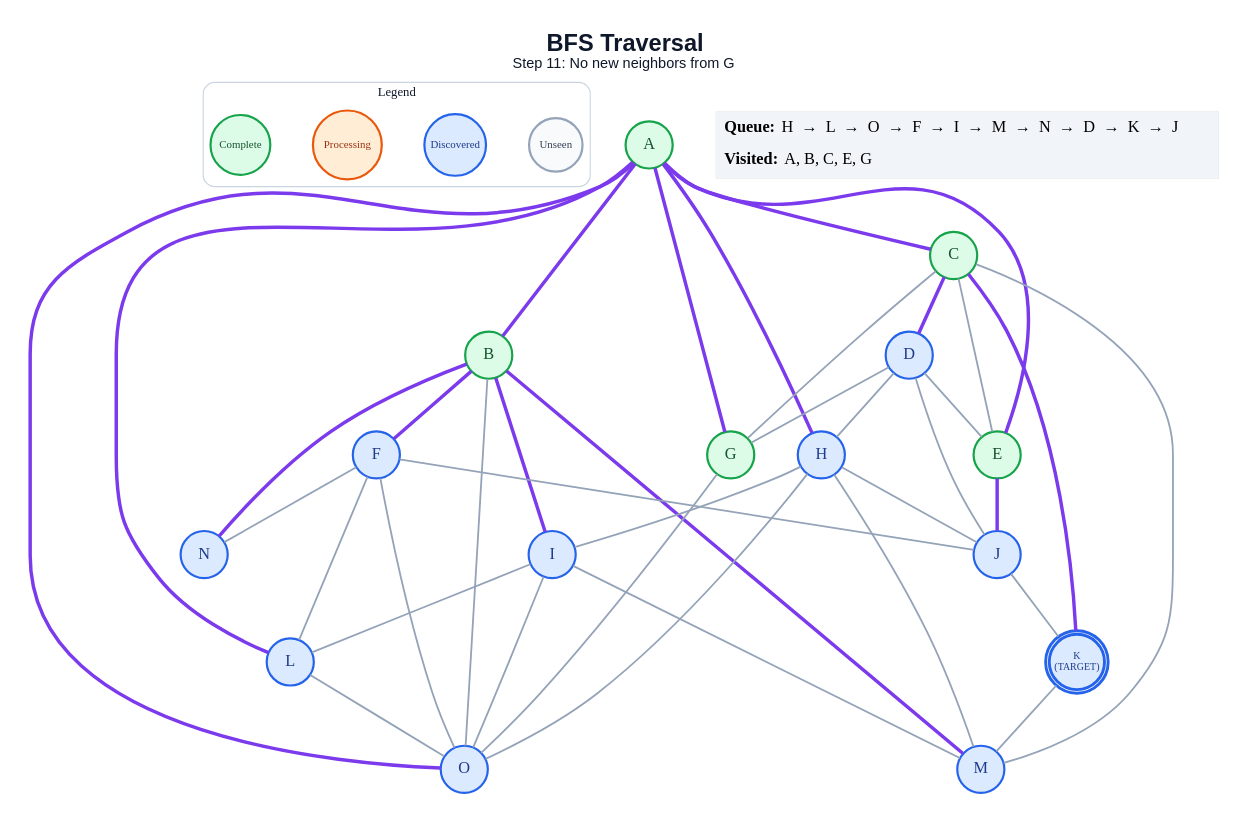
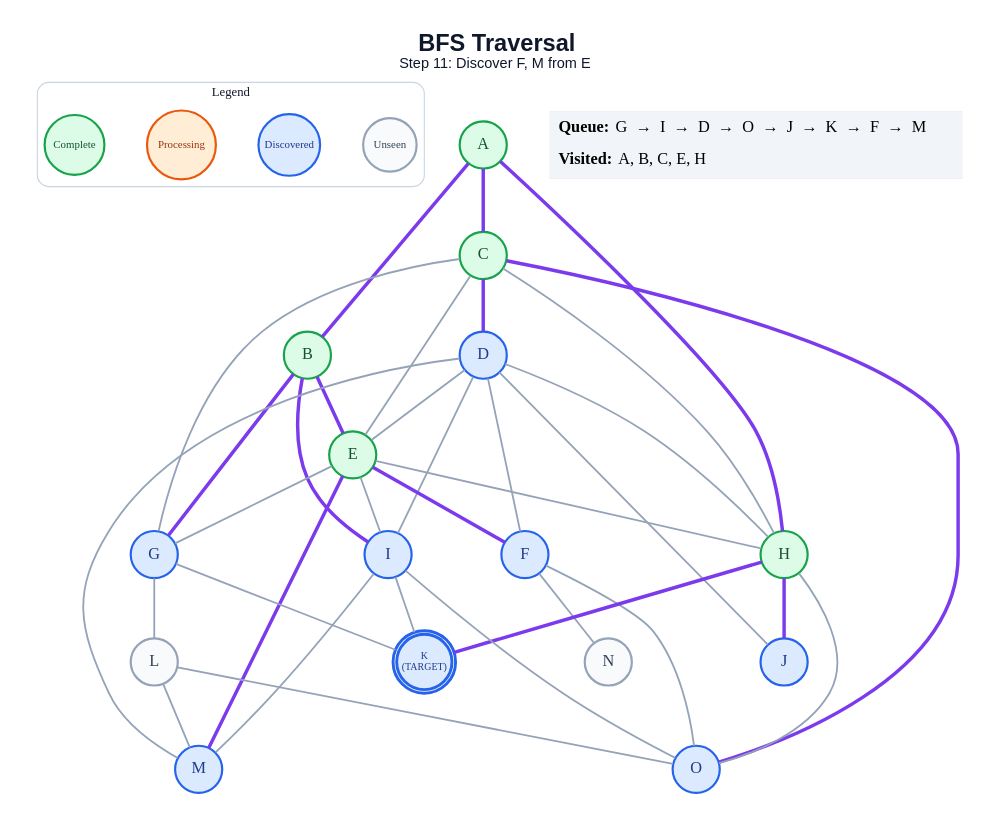
The diagram in generated/bfs/step_11.dot (anon7238593-create/ai-slop), drawn with Graphviz before and after one commit. The commit also changed 304 other files, not shown here.

```diff
--- a/generated/bfs/step_11.dot
+++ b/generated/bfs/step_11.dot
@@ -1,71 +1,68 @@
 graph traversal {
   graph [layout=dot, rankdir=TB, bgcolor="#FFFFFF", pad="0.35", nodesep="0.65", ranksep="0.8", fontname="Arial"];
   node [shape=circle, style="filled", fontname="Arial Bold", fontsize=18, width=0.72, fixedsize=true, penwidth=2.4];
   edge [color="#94A3B8", penwidth=2.0];
-  label=<<B>BFS Traversal</B><BR/><FONT POINT-SIZE="16">Step 11: No new neighbors from G</FONT>>; labelloc="t"; fontsize=26; fontname="Arial"; fontcolor="#0F172A";
+  label=<<B>BFS Traversal</B><BR/><FONT POINT-SIZE="16">Step 11: Discover F, M from E</FONT>>; labelloc="t"; fontsize=26; fontname="Arial"; fontcolor="#0F172A";
   subgraph cluster_legend { label="Legend"; color="#CBD5E1"; penwidth=1.2; style="rounded"; fontsize=14; fontname="Arial Bold";
     key_unseen [label="Unseen", fillcolor="#F8FAFC", color="#94A3B8", fontcolor="#334155", fontsize=12, width=0.82];
     key_frontier [label="Discovered", fillcolor="#DBEAFE", color="#2563EB", fontcolor="#1E3A8A", fontsize=12, width=0.95];
     key_current [label="Processing", fillcolor="#FFEDD5", color="#EA580C", fontcolor="#9A3412", fontsize=12, width=1.05];
     key_done [label="Complete", fillcolor="#DCFCE7", color="#16A34A", fontcolor="#14532D", fontsize=12, width=0.92];
     { rank=same; key_unseen; key_frontier; key_current; key_done; }
   }
   A [label="A", fillcolor="#DCFCE7", color="#16A34A", fontcolor="#14532D", peripheries=1, penwidth=2.4];
   B [label="B", fillcolor="#DCFCE7", color="#16A34A", fontcolor="#14532D", peripheries=1, penwidth=2.4];
   C [label="C", fillcolor="#DCFCE7", color="#16A34A", fontcolor="#14532D", peripheries=1, penwidth=2.4];
   D [label="D", fillcolor="#DBEAFE", color="#2563EB", fontcolor="#1E3A8A", peripheries=1, penwidth=2.4];
   E [label="E", fillcolor="#DCFCE7", color="#16A34A", fontcolor="#14532D", peripheries=1, penwidth=2.4];
   F [label="F", fillcolor="#DBEAFE", color="#2563EB", fontcolor="#1E3A8A", peripheries=1, penwidth=2.4];
-  G [label="G", fillcolor="#DCFCE7", color="#16A34A", fontcolor="#14532D", peripheries=1, penwidth=2.4];
-  H [label="H", fillcolor="#DBEAFE", color="#2563EB", fontcolor="#1E3A8A", peripheries=1, penwidth=2.4];
+  G [label="G", fillcolor="#DBEAFE", color="#2563EB", fontcolor="#1E3A8A", peripheries=1, penwidth=2.4];
+  H [label="H", fillcolor="#DCFCE7", color="#16A34A", fontcolor="#14532D", peripheries=1, penwidth=2.4];
   I [label="I", fillcolor="#DBEAFE", color="#2563EB", fontcolor="#1E3A8A", peripheries=1, penwidth=2.4];
   J [label="J", fillcolor="#DBEAFE", color="#2563EB", fontcolor="#1E3A8A", peripheries=1, penwidth=2.4];
   K [label="K\n(TARGET)", fillcolor="#DBEAFE", color="#2563EB", fontcolor="#1E3A8A", peripheries=2, penwidth=3.2, fontsize=11, width=0.85, height=0.85];
-  L [label="L", fillcolor="#DBEAFE", color="#2563EB", fontcolor="#1E3A8A", peripheries=1, penwidth=2.4];
+  L [label="L", fillcolor="#F8FAFC", color="#94A3B8", fontcolor="#334155", peripheries=1, penwidth=2.4];
   M [label="M", fillcolor="#DBEAFE", color="#2563EB", fontcolor="#1E3A8A", peripheries=1, penwidth=2.4];
-  N [label="N", fillcolor="#DBEAFE", color="#2563EB", fontcolor="#1E3A8A", peripheries=1, penwidth=2.4];
+  N [label="N", fillcolor="#F8FAFC", color="#94A3B8", fontcolor="#334155", peripheries=1, penwidth=2.4];
   O [label="O", fillcolor="#DBEAFE", color="#2563EB", fontcolor="#1E3A8A", peripheries=1, penwidth=2.4];
   A -- B [color="#7C3AED", penwidth=3.8];
   A -- C [color="#7C3AED", penwidth=3.8];
-  A -- E [color="#7C3AED", penwidth=3.8];
-  A -- G [color="#7C3AED", penwidth=3.8];
   A -- H [color="#7C3AED", penwidth=3.8];
-  A -- L [color="#7C3AED", penwidth=3.8];
-  A -- O [color="#7C3AED", penwidth=3.8];
-  B -- F [color="#7C3AED", penwidth=3.8];
+  B -- E [color="#7C3AED", penwidth=3.8];
+  B -- G [color="#7C3AED", penwidth=3.8];
   B -- I [color="#7C3AED", penwidth=3.8];
-  B -- M [color="#7C3AED", penwidth=3.8];
-  B -- N [color="#7C3AED", penwidth=3.8];
-  B -- O;
   C -- D [color="#7C3AED", penwidth=3.8];
   C -- E;
   C -- G;
-  C -- K [color="#7C3AED", penwidth=3.8];
-  C -- M;
+  C -- H;
+  C -- O [color="#7C3AED", penwidth=3.8];
   D -- E;
-  D -- G;
+  D -- F;
   D -- H;
+  D -- I;
   D -- J;
-  E -- J [color="#7C3AED", penwidth=3.8];
-  F -- J;
-  F -- L;
+  D -- M;
+  E -- F [color="#7C3AED", penwidth=3.8];
+  E -- G;
+  E -- H;
+  E -- I;
+  E -- M [color="#7C3AED", penwidth=3.8];
   F -- N;
   F -- O;
-  G -- O;
-  H -- I;
-  H -- J;
-  H -- M;
+  G -- K;
+  G -- L;
+  H -- J [color="#7C3AED", penwidth=3.8];
+  H -- K [color="#7C3AED", penwidth=3.8];
   H -- O;
-  I -- L;
+  I -- K;
   I -- M;
   I -- O;
-  J -- K;
-  K -- M;
+  L -- M;
   L -- O;
   status [shape=plain, fixedsize=false, width=0, height=0, margin=0, label=<
     <TABLE BORDER="0" CELLBORDER="0" CELLPADDING="7" BGCOLOR="#F1F5F9">
-      <TR><TD ALIGN="LEFT"><B>Queue:</B> H  →  L  →  O  →  F  →  I  →  M  →  N  →  D  →  K  →  J</TD></TR>
-      <TR><TD ALIGN="LEFT"><B>Visited:</B> A, B, C, E, G</TD></TR>
+      <TR><TD ALIGN="LEFT"><B>Queue:</B> G  →  I  →  D  →  O  →  J  →  K  →  F  →  M</TD></TR>
+      <TR><TD ALIGN="LEFT"><B>Visited:</B> A, B, C, E, H</TD></TR>
     </TABLE>
   >];
 }
```
